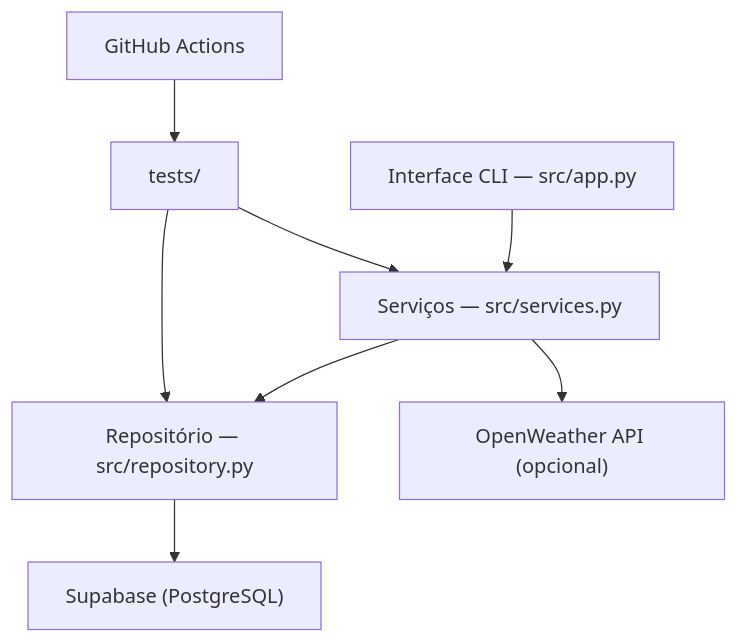
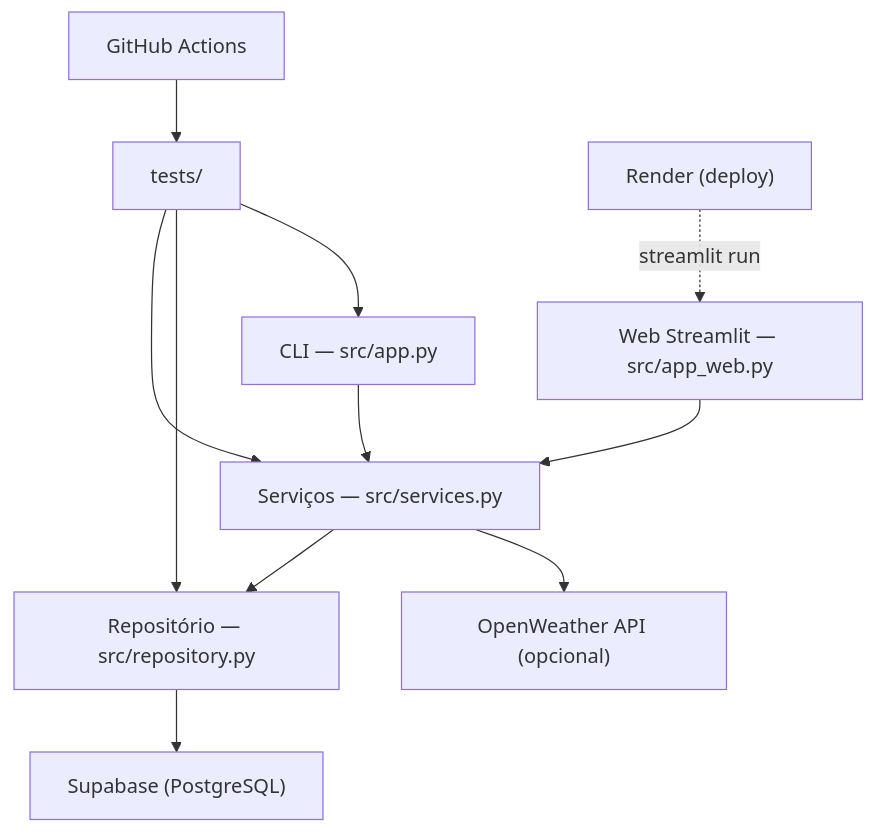
One commit to erickcmendes/CEUB changed the diagram in Bootcamp II/gastosmart/docs/ARCHITECTURE.md. Above: the diagram before and after it, drawn with Mermaid. The commit also changed other lines of this file and 10 other files, not shown here.

````diff
--- a/Bootcamp II/gastosmart/docs/ARCHITECTURE.md
+++ b/Bootcamp II/gastosmart/docs/ARCHITECTURE.md
@@ -10,10 +9,13 @@
 ```mermaid
 flowchart TD
-    CLI["Interface CLI — src/app.py"] --> Services["Serviços — src/services.py"]
-    Services --> Repository["Repositório — src/repository.py"]
-    Repository --> Supabase["Supabase (PostgreSQL)"]
+    CLI["CLI — src/app.py"] --> Services
+    Web["Web Streamlit — src/app_web.py"] --> Services
+    Services["Serviços — src/services.py"] --> Repository
+    Repository["Repositório — src/repository.py"] --> Supabase["Supabase (PostgreSQL)"]
     Services --> Weather["OpenWeather API (opcional)"]
     Tests["tests/"] --> Services
     Tests --> Repository
+    Tests --> CLI
     CI["GitHub Actions"] --> Tests
+    Render["Render (deploy)"] -.->|streamlit run| Web
 ```
````
